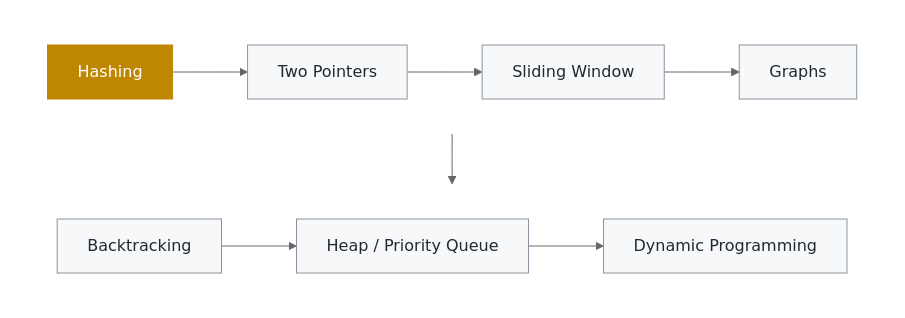
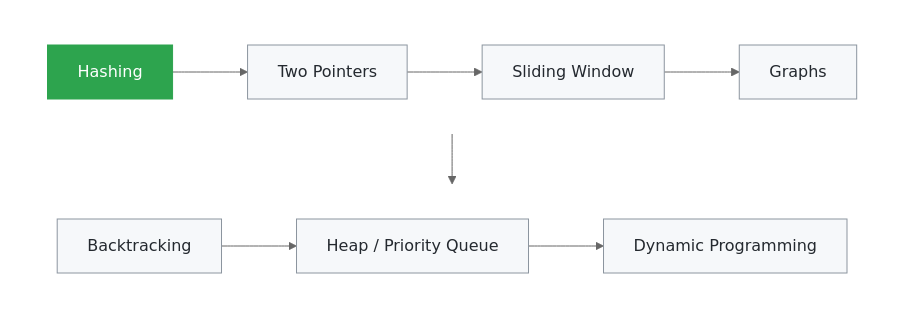
One commit to yuviyashu/java-dsa-patterns changed the diagram in README.md. Above: the diagram before and after it, drawn with Mermaid (neutral theme). The commit also changed other lines of this file and 2 other files, not shown here.

````diff
--- a/README.md
+++ b/README.md
@@ -16,19 +16,19 @@
 ```mermaid
 flowchart TB
     subgraph row1 [" "]
         direction LR
         A[Hashing] --> B[Two Pointers] --> C[Sliding Window] --> D[Graphs]
     end
     subgraph row2 [" "]
         direction LR
         E[Backtracking] --> F[Heap / Priority Queue] --> G[Dynamic Programming]
     end
     row1 --> row2
     style row1 fill:none,stroke:none
     style row2 fill:none,stroke:none
     classDef done fill:#2da44e,color:#fff,stroke:#2da44e
     classDef inprogress fill:#bf8700,color:#fff,stroke:#bf8700
     classDef next fill:#f6f8fa,color:#24292f,stroke:#8c959f
-    class A inprogress
+    class A done
     class B,C,D,E,F,G next
 ```
````
